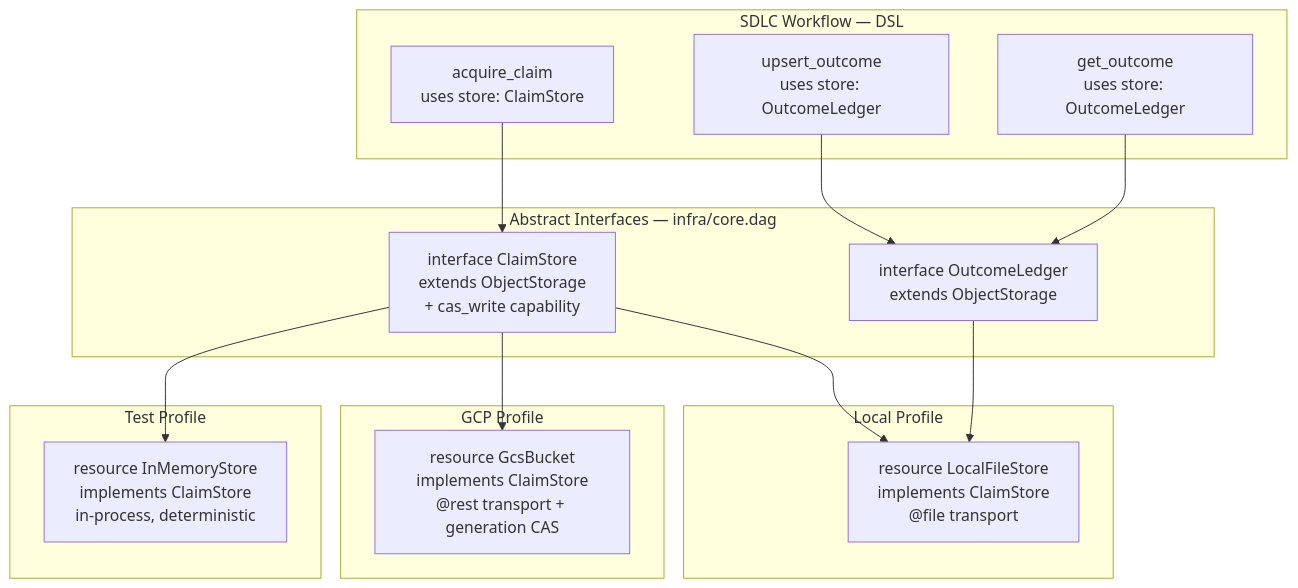
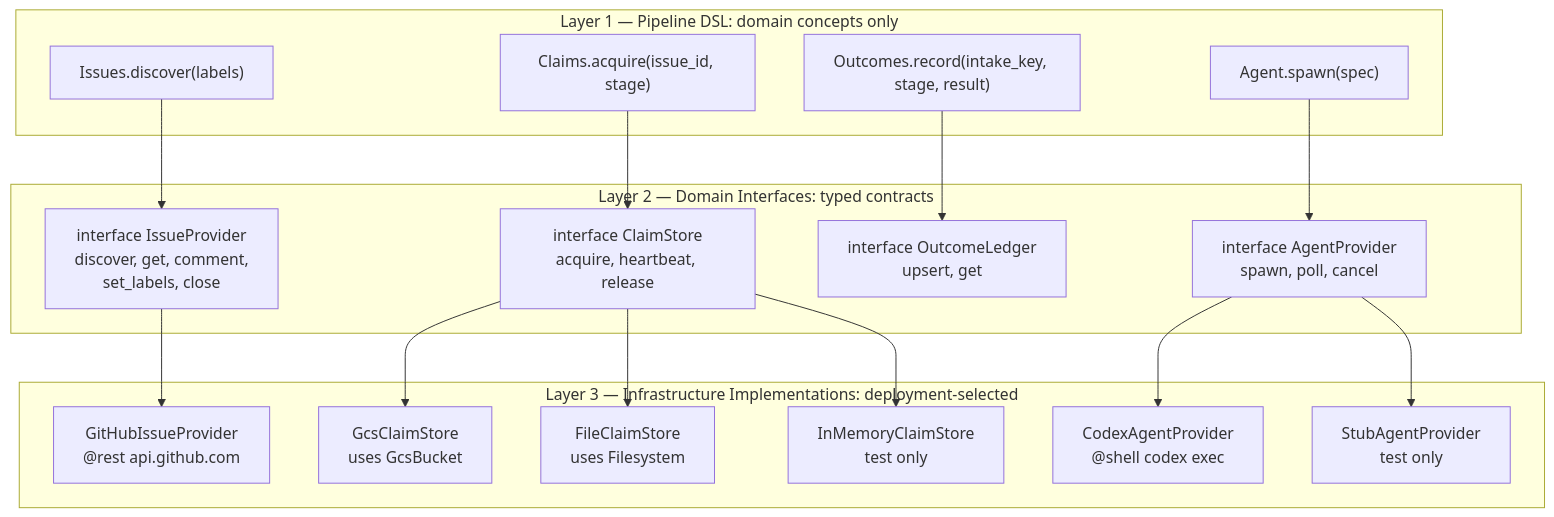
One commit to gunb-ai/gunbc changed the first of 2 diagrams in docs/design/sdlc/e2e-gap-analysis.md. Above: the diagram before and after it, drawn with Mermaid. The commit also changed other lines of this file and 3 other files, not shown here.

````diff
--- a/docs/design/sdlc/e2e-gap-analysis.md
+++ b/docs/design/sdlc/e2e-gap-analysis.md
@@ -27,33 +21,36 @@
 ```mermaid
 flowchart TD
-    subgraph workflow [SDLC Workflow — DSL]
-        AcquireClaim["acquire_claim\nuses store: ClaimStore"]
-        UpsertOutcome["upsert_outcome\nuses store: OutcomeLedger"]
-        GetOutcome["get_outcome\nuses store: OutcomeLedger"]
+    subgraph pipeline [Layer 1 — Pipeline DSL: domain concepts only]
+        P1["Issues.discover(labels)"]
+        P2["Claims.acquire(issue_id, stage)"]
+        P3["Outcomes.record(intake_key, stage, result)"]
+        P4["Agent.spawn(spec)"]
     end
 
-    subgraph abstract [Abstract Interfaces — infra/core.dag]
-        ClaimStoreIface["interface ClaimStore\nextends ObjectStorage\n+ cas_write capability"]
-        OutcomeLedgerIface["interface OutcomeLedger\nextends ObjectStorage"]
+    subgraph domain [Layer 2 — Domain Interfaces: typed contracts]
+        Issues["interface IssueProvider\ndiscover, get, comment,\nset_labels, close"]
+        Claims["interface ClaimStore\nacquire, heartbeat, release"]
+        Outcomes["interface OutcomeLedger\nupsert, get"]
+        Agents["interface AgentProvider\nspawn, poll, cancel"]
     end
 
-    subgraph local [Local Profile]
-        FileStore["resource LocalFileStore\nimplements ClaimStore\n@file transport"]
+    subgraph infra [Layer 3 — Infrastructure Implementations: deployment-selected]
+        GH["GitHubIssueProvider\n@rest api.github.com"]
+        GCS_C["GcsClaimStore\nuses GcsBucket"]
+        File_C["FileClaimStore\nuses Filesystem"]
+        Mem_C["InMemoryClaimStore\ntest only"]
+        Codex["CodexAgentProvider\n@shell codex exec"]
+        Stub["StubAgentProvider\ntest only"]
     end
 
-    subgraph gcp [GCP Profile]
-        GCSStore["resource GcsBucket\nimplements ClaimStore\n@rest transport + generation CAS"]
-    end
-
-    subgraph test [Test Profile]
-        MemStore["resource InMemoryStore\nimplements ClaimStore\nin-process, deterministic"]
-    end
-
-    AcquireClaim --> ClaimStoreIface
-    UpsertOutcome --> OutcomeLedgerIface
-    GetOutcome --> OutcomeLedgerIface
-    ClaimStoreIface --> FileStore
-    ClaimStoreIface --> GCSStore
-    ClaimStoreIface --> MemStore
-    OutcomeLedgerIface --> FileStore
+    P1 --> Issues
+    P2 --> Claims
+    P3 --> Outcomes
+    P4 --> Agents
+    Issues --> GH
+    Claims --> GCS_C
+    Claims --> File_C
+    Claims --> Mem_C
+    Agents --> Codex
+    Agents --> Stub
 ```
````
